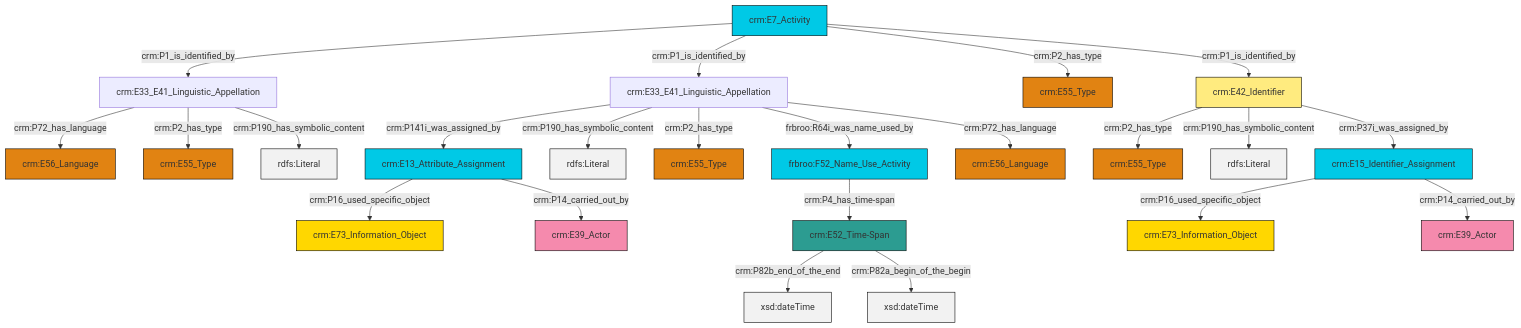
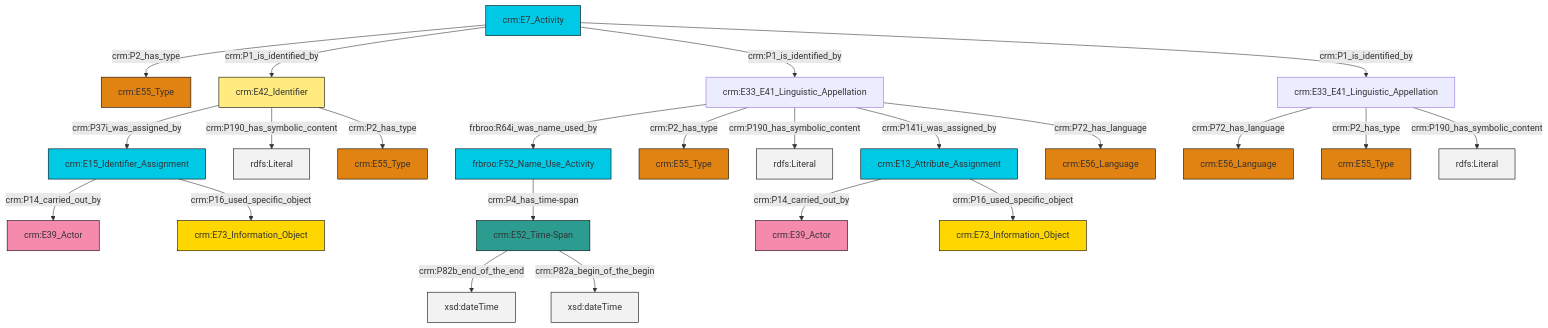
The diagram in et/eventCSV/ttl/mmd/event_name.ttl.mmd (swiss-art-research-net/reference-data-models), drawn with Mermaid before and after one commit. The commit also changed 148 other files, not shown here.

```diff
--- a/et/eventCSV/ttl/mmd/event_name.ttl.mmd
+++ b/et/eventCSV/ttl/mmd/event_name.ttl.mmd
@@ -1,37 +1,37 @@
 graph TD
 classDef Literal fill:#f2f2f2,stroke:#000000;
 classDef CRM_Entity fill:#FFFFFF,stroke:#000000;
 classDef Temporal_Entity fill:#00C9E6, stroke:#000000;
 classDef Type fill:#E18312, stroke:#000000;
 classDef Time-Span fill:#2C9C91, stroke:#000000;
 classDef Appellation fill:#FFEB7F, stroke:#000000;
 classDef Place fill:#008836, stroke:#000000;
 classDef Persistent_Item fill:#B266B2, stroke:#000000;
 classDef Conceptual_Object fill:#FFD700, stroke:#000000;
 classDef Physical_Thing fill:#D2B48C, stroke:#000000;
 classDef Actor fill:#f58aad, stroke:#000000;
 classDef PC_Classes fill:#4ce600, stroke:#000000;
 classDef Multi fill:#cccccc,stroke:#000000;
 
-4["crm:E15_Identifier_Assignment"]:::Temporal_Entity -->|crm:P16_used_specific_object| 5["crm:E73_Information_Object"]:::Conceptual_Object
-8["crm:E33_E41_Linguistic_Appellation"]:::Default -->|crm:P72_has_language| 9["crm:E56_Language"]:::Type
-10["crm:E52_Time-Span"]:::Time-Span -->|crm:P82b_end_of_the_end| 11[xsd:dateTime]:::Literal
-12["crm:E42_Identifier"]:::Appellation -->|crm:P2_has_type| 13["crm:E55_Type"]:::Type
-8["crm:E33_E41_Linguistic_Appellation"]:::Default -->|crm:P2_has_type| 0["crm:E55_Type"]:::Type
-10["crm:E52_Time-Span"]:::Time-Span -->|crm:P82a_begin_of_the_begin| 14[xsd:dateTime]:::Literal
-6["crm:E33_E41_Linguistic_Appellation"]:::Default -->|crm:P141i_was_assigned_by| 15["crm:E13_Attribute_Assignment"]:::Temporal_Entity
-8["crm:E33_E41_Linguistic_Appellation"]:::Default -->|crm:P190_has_symbolic_content| 20[rdfs:Literal]:::Literal
-6["crm:E33_E41_Linguistic_Appellation"]:::Default -->|crm:P190_has_symbolic_content| 25[rdfs:Literal]:::Literal
-26["frbroo:F52_Name_Use_Activity"]:::Temporal_Entity -->|crm:P4_has_time-span| 10["crm:E52_Time-Span"]:::Time-Span
-6["crm:E33_E41_Linguistic_Appellation"]:::Default -->|crm:P2_has_type| 21["crm:E55_Type"]:::Type
-2["crm:E7_Activity"]:::Temporal_Entity -->|crm:P1_is_identified_by| 8["crm:E33_E41_Linguistic_Appellation"]:::Default
-4["crm:E15_Identifier_Assignment"]:::Temporal_Entity -->|crm:P14_carried_out_by| 18["crm:E39_Actor"]:::Actor
-12["crm:E42_Identifier"]:::Appellation -->|crm:P190_has_symbolic_content| 28[rdfs:Literal]:::Literal
-2["crm:E7_Activity"]:::Temporal_Entity -->|crm:P1_is_identified_by| 6["crm:E33_E41_Linguistic_Appellation"]:::Default
-2["crm:E7_Activity"]:::Temporal_Entity -->|crm:P2_has_type| 31["crm:E55_Type"]:::Type
-12["crm:E42_Identifier"]:::Appellation -->|crm:P37i_was_assigned_by| 4["crm:E15_Identifier_Assignment"]:::Temporal_Entity
-15["crm:E13_Attribute_Assignment"]:::Temporal_Entity -->|crm:P16_used_specific_object| 23["crm:E73_Information_Object"]:::Conceptual_Object
-6["crm:E33_E41_Linguistic_Appellation"]:::Default -->|frbroo:R64i_was_name_used_by| 26["frbroo:F52_Name_Use_Activity"]:::Temporal_Entity
-2["crm:E7_Activity"]:::Temporal_Entity -->|crm:P1_is_identified_by| 12["crm:E42_Identifier"]:::Appellation
-15["crm:E13_Attribute_Assignment"]:::Temporal_Entity -->|crm:P14_carried_out_by| 39["crm:E39_Actor"]:::Actor
-6["crm:E33_E41_Linguistic_Appellation"]:::Default -->|crm:P72_has_language| 16["crm:E56_Language"]:::Type
+4["crm:E13_Attribute_Assignment"]:::Temporal_Entity -->|crm:P14_carried_out_by| 5["crm:E39_Actor"]:::Actor
+6["crm:E52_Time-Span"]:::Time-Span -->|crm:P82b_end_of_the_end| 7[xsd:dateTime]:::Literal
+10["crm:E33_E41_Linguistic_Appellation"]:::Default -->|frbroo:R64i_was_name_used_by| 11["frbroo:F52_Name_Use_Activity"]:::Temporal_Entity
+12["crm:E15_Identifier_Assignment"]:::Temporal_Entity -->|crm:P14_carried_out_by| 13["crm:E39_Actor"]:::Actor
+16["crm:E42_Identifier"]:::Appellation -->|crm:P37i_was_assigned_by| 12["crm:E15_Identifier_Assignment"]:::Temporal_Entity
+8["crm:E33_E41_Linguistic_Appellation"]:::Default -->|crm:P72_has_language| 2["crm:E56_Language"]:::Type
+12["crm:E15_Identifier_Assignment"]:::Temporal_Entity -->|crm:P16_used_specific_object| 0["crm:E73_Information_Object"]:::Conceptual_Object
+23["crm:E7_Activity"]:::Temporal_Entity -->|crm:P2_has_type| 24["crm:E55_Type"]:::Type
+4["crm:E13_Attribute_Assignment"]:::Temporal_Entity -->|crm:P16_used_specific_object| 19["crm:E73_Information_Object"]:::Conceptual_Object
+16["crm:E42_Identifier"]:::Appellation -->|crm:P190_has_symbolic_content| 31[rdfs:Literal]:::Literal
+10["crm:E33_E41_Linguistic_Appellation"]:::Default -->|crm:P2_has_type| 14["crm:E55_Type"]:::Type
+23["crm:E7_Activity"]:::Temporal_Entity -->|crm:P1_is_identified_by| 16["crm:E42_Identifier"]:::Appellation
+8["crm:E33_E41_Linguistic_Appellation"]:::Default -->|crm:P2_has_type| 32["crm:E55_Type"]:::Type
+23["crm:E7_Activity"]:::Temporal_Entity -->|crm:P1_is_identified_by| 10["crm:E33_E41_Linguistic_Appellation"]:::Default
+10["crm:E33_E41_Linguistic_Appellation"]:::Default -->|crm:P190_has_symbolic_content| 35[rdfs:Literal]:::Literal
+23["crm:E7_Activity"]:::Temporal_Entity -->|crm:P1_is_identified_by| 8["crm:E33_E41_Linguistic_Appellation"]:::Default
+10["crm:E33_E41_Linguistic_Appellation"]:::Default -->|crm:P141i_was_assigned_by| 4["crm:E13_Attribute_Assignment"]:::Temporal_Entity
+16["crm:E42_Identifier"]:::Appellation -->|crm:P2_has_type| 28["crm:E55_Type"]:::Type
+6["crm:E52_Time-Span"]:::Time-Span -->|crm:P82a_begin_of_the_begin| 37[xsd:dateTime]:::Literal
+11["frbroo:F52_Name_Use_Activity"]:::Temporal_Entity -->|crm:P4_has_time-span| 6["crm:E52_Time-Span"]:::Time-Span
+10["crm:E33_E41_Linguistic_Appellation"]:::Default -->|crm:P72_has_language| 21["crm:E56_Language"]:::Type
+8["crm:E33_E41_Linguistic_Appellation"]:::Default -->|crm:P190_has_symbolic_content| 39[rdfs:Literal]:::Literal
```
